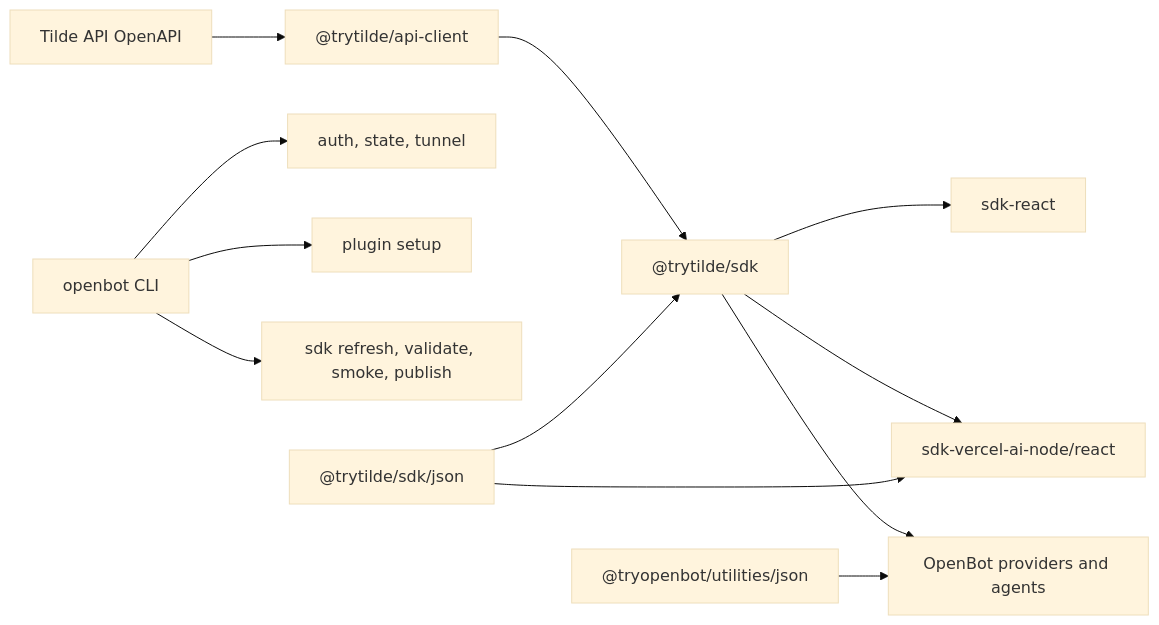
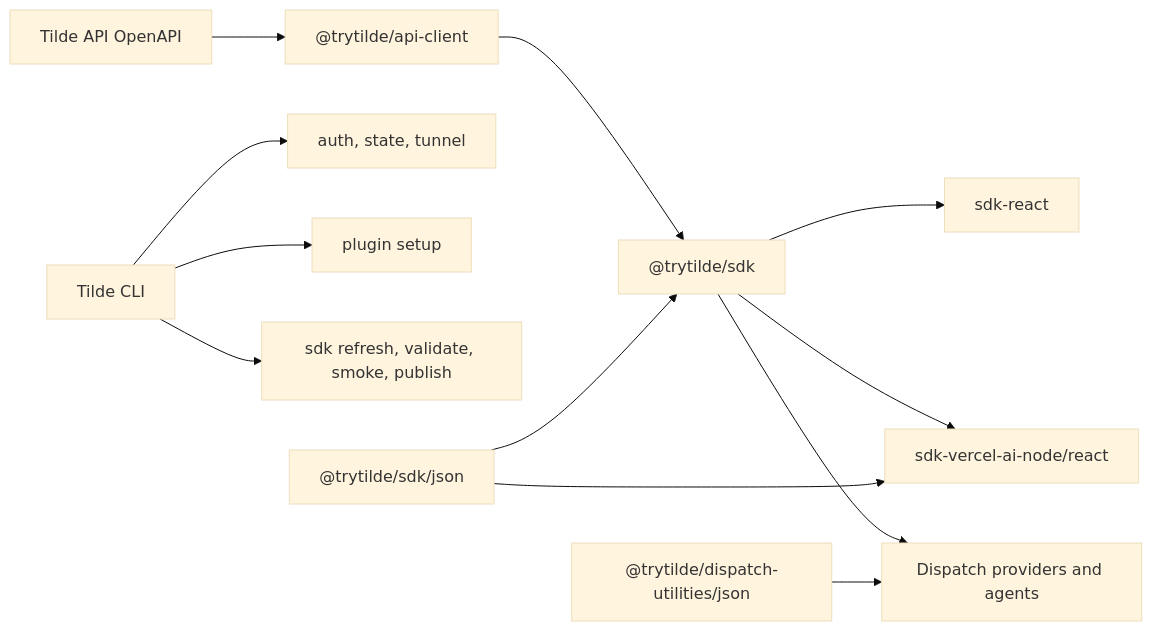
The diagram in docs/updates/73.md (trytilde/dispatch), drawn with Mermaid (base theme) before and after one commit. The commit also changed other lines of this file and 668 other files, not shown here.

````diff
--- a/docs/updates/73.md
+++ b/docs/updates/73.md
@@ -16,14 +16,14 @@
 ```mermaid
 flowchart LR
   API["Tilde API OpenAPI"] --> GEN["@trytilde/api-client"]
   GEN --> SDK["@trytilde/sdk"]
   SDK --> REACT["sdk-react"]
   SDK --> VAI["sdk-vercel-ai-node/react"]
-  SDK --> OB["OpenBot providers and agents"]
-  CLI["openbot CLI"] --> CORE["auth, state, tunnel"]
+  SDK --> OB["Dispatch providers and agents"]
+  CLI["Tilde CLI"] --> CORE["auth, state, tunnel"]
   CLI --> PLUGIN["plugin setup"]
   CLI --> DEV["sdk refresh, validate, smoke, publish"]
-  UTIL["@tryopenbot/utilities/json"] --> OB
+  UTIL["@trytilde/dispatch-utilities/json"] --> OB
   SDKJSON["@trytilde/sdk/json"] --> SDK
   SDKJSON --> VAI
 ```
````
